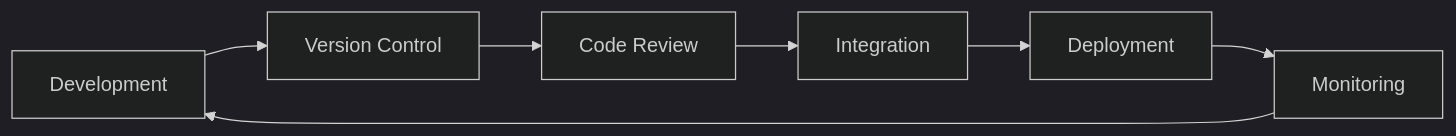
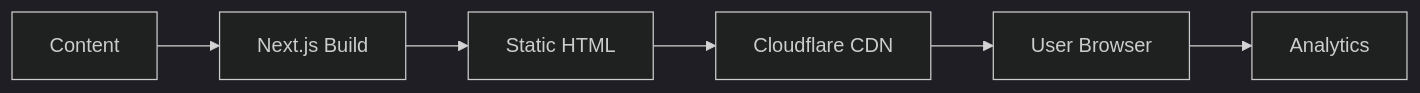
Before and after one commit to milbrathdrew/sixminutesoutnext: the second of 2 diagrams in memory-bank/systemPatterns.md, drawn with Mermaid (dark theme). The commit also changed other lines of this file and 20 other files, not shown here.

````diff
--- a/memory-bank/systemPatterns.md
+++ b/memory-bank/systemPatterns.md
@@ -73,9 +88,8 @@
 ```mermaid
 graph LR
-    A[Development] --> B[Version Control]
-    B --> C[Code Review]
-    C --> D[Integration]
-    D --> E[Deployment]
-    E --> F[Monitoring]
-    F --> A
+    A[Content] --> B[Next.js Build]
+    B --> C[Static HTML]
+    C --> D[Cloudflare CDN]
+    D --> E[User Browser]
+    E --> F[Analytics]
 ```
````
